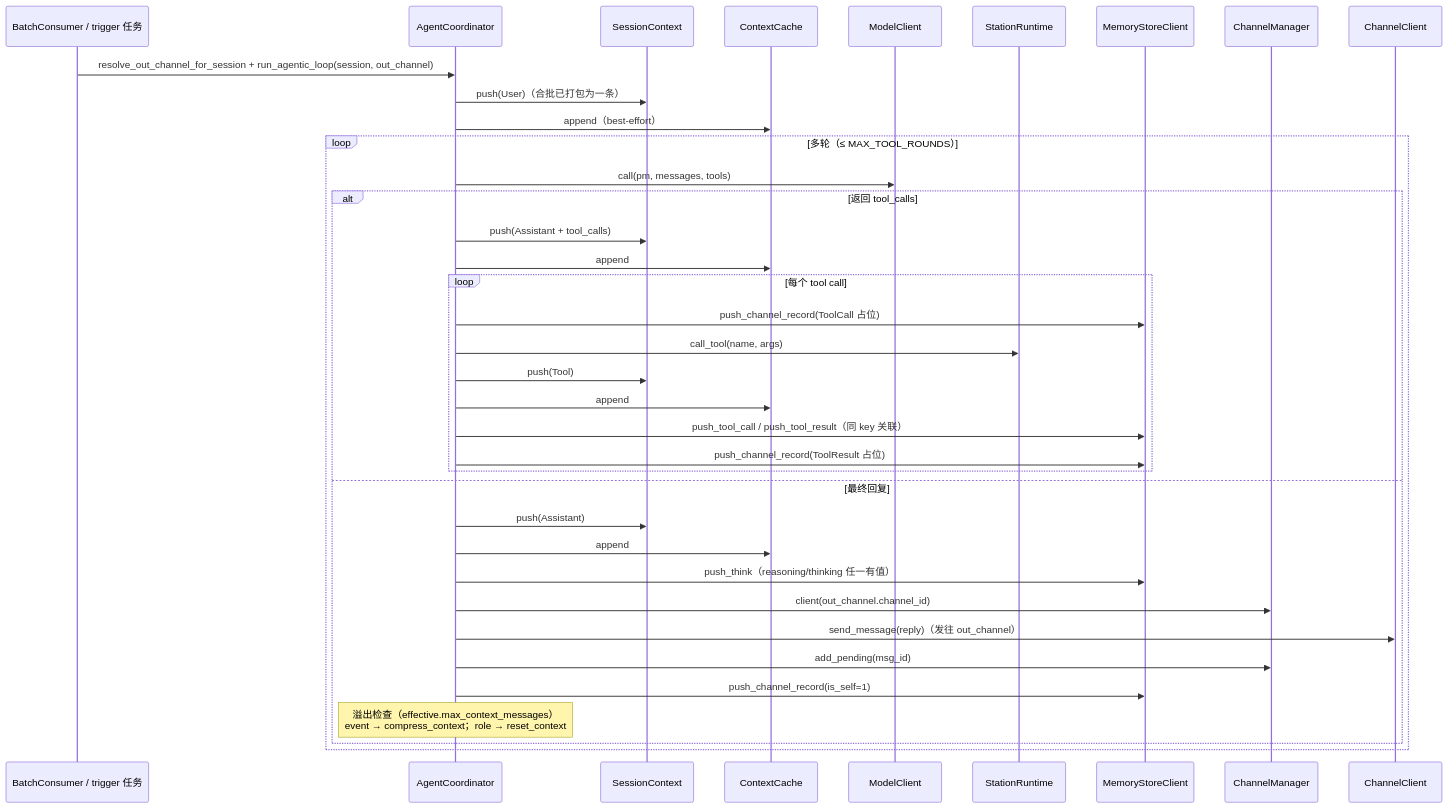
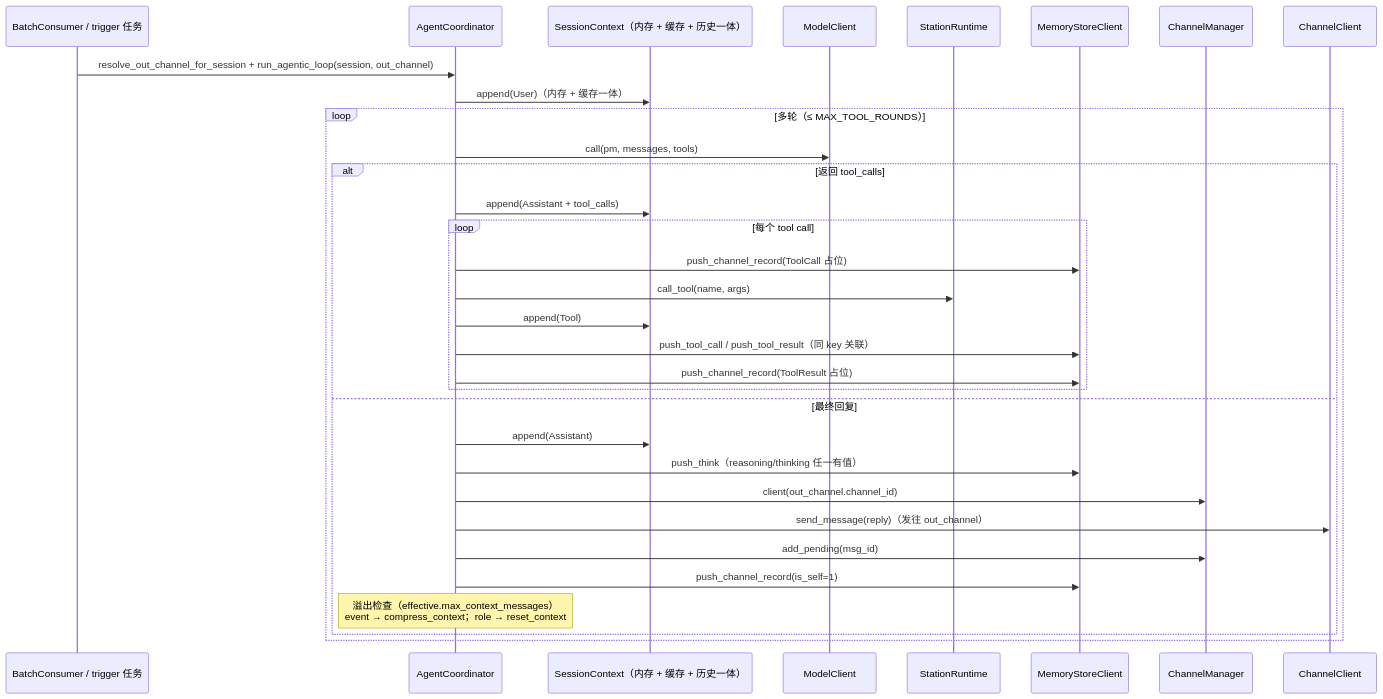
Before and after one commit to coldcloude/kissbot: the fourth of 5 diagrams in docs/spec/kissbot-agent-modules.md, drawn with Mermaid. The commit also changed other lines of this file and 6 other files, not shown here.

First line of the commit message:
refactor(agent): 会话上下文持久化收敛为 SessionContext 一体管理

````diff
--- a/docs/spec/kissbot-agent-modules.md
+++ b/docs/spec/kissbot-agent-modules.md
@@ -153,40 +147,35 @@
 ```mermaid
 sequenceDiagram
     participant BP as BatchConsumer / trigger 任务
     participant CO as AgentCoordinator
-    participant CTX as SessionContext
-    participant CACHE as ContextCache
+    participant CTX as SessionContext（内存 + 缓存 + 历史一体）
     participant MLC as ModelClient
     participant ST as StationRuntime
     participant MSC as MemoryStoreClient
     participant CHM as ChannelManager
     participant CC as ChannelClient
 
     BP->>CO: resolve_out_channel_for_session + run_agentic_loop(session, out_channel)
-    CO->>CTX: push(User)（合批已打包为一条）
-    CO->>CACHE: append（best-effort）
+    CO->>CTX: append(User)（内存 + 缓存一体）
     loop 多轮（≤ MAX_TOOL_ROUNDS）
         CO->>MLC: call(pm, messages, tools)
         alt 返回 tool_calls
-            CO->>CTX: push(Assistant + tool_calls)
-            CO->>CACHE: append
+            CO->>CTX: append(Assistant + tool_calls)
             loop 每个 tool call
                 CO->>MSC: push_channel_record(ToolCall 占位)
                 CO->>ST: call_tool(name, args)
-                CO->>CTX: push(Tool)
-                CO->>CACHE: append
+                CO->>CTX: append(Tool)
                 CO->>MSC: push_tool_call / push_tool_result（同 key 关联）
                 CO->>MSC: push_channel_record(ToolResult 占位)
             end
         else 最终回复
-            CO->>CTX: push(Assistant)
-            CO->>CACHE: append
+            CO->>CTX: append(Assistant)
             CO->>MSC: push_think（reasoning/thinking 任一有值）
             CO->>CHM: client(out_channel.channel_id)
             CO->>CC: send_message(reply)（发往 out_channel）
             CO->>CHM: add_pending(msg_id)
             CO->>MSC: push_channel_record(is_self=1)
             Note over CO: 溢出检查（effective.max_context_messages）<br/>event → compress_context；role → reset_context
         end
     end
 ```
````
